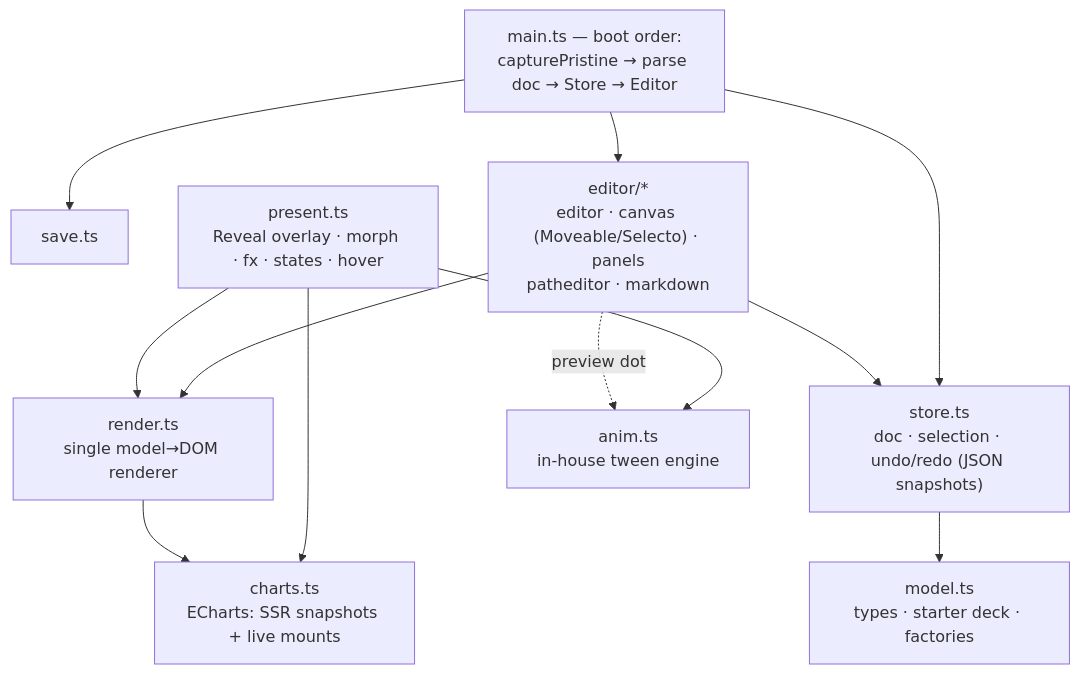
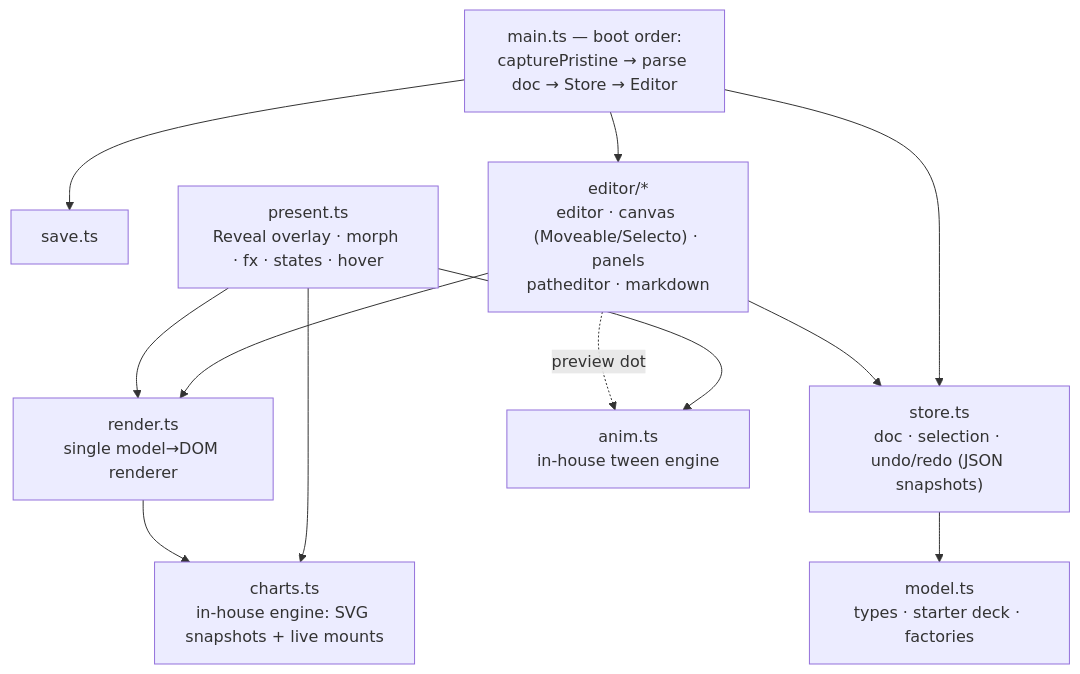
Before and after one commit to nyblnet/bento: the fourth of 4 diagrams in docs/architecture.md, drawn with Mermaid. The commit also changed other lines of this file and 14 other files, not shown here.

````diff
--- a/docs/architecture.md
+++ b/docs/architecture.md
@@ -226,19 +239,19 @@
 ```mermaid
 flowchart TB
     MAIN["main.ts — boot order:<br/>capturePristine → parse doc → Store → Editor"]
     SAVE[save.ts]
     MODEL["model.ts<br/>types · starter deck · factories"]
     STORE["store.ts<br/>doc · selection · undo/redo (JSON snapshots)"]
     RENDER["render.ts<br/>single model→DOM renderer"]
     ANIM["anim.ts<br/>in-house tween engine"]
-    CHARTS["charts.ts<br/>ECharts: SSR snapshots + live mounts"]
+    CHARTS["charts.ts<br/>in-house engine: SVG snapshots + live mounts"]
     PRESENT["present.ts<br/>Reveal overlay · morph · fx · states · hover"]
     ED["editor/*<br/>editor · canvas (Moveable/Selecto) · panels<br/>patheditor · markdown"]
 
     MAIN --> SAVE & STORE & ED
     ED --> STORE & RENDER
     PRESENT --> RENDER & ANIM & CHARTS
     ED -.->|preview dot| ANIM
     RENDER --> CHARTS
     STORE --> MODEL
 ```
````
